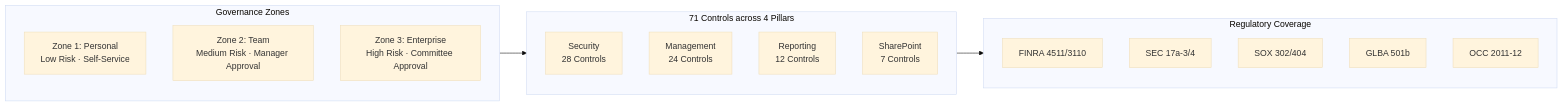
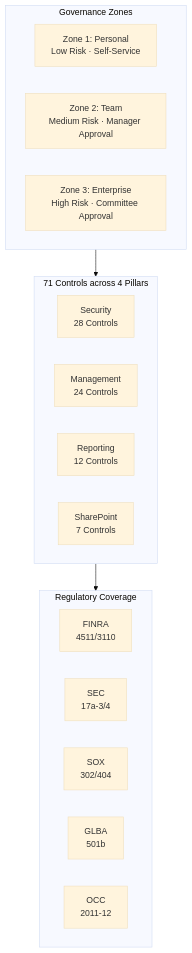
One commit to judeper/FSI-AgentGov changed the diagram in docs/index.md. Above: the diagram before and after it, drawn with Mermaid (base theme).

Commit message:
Fix diagram width: TB flow with LR subgraphs
Zones/Pillars/Regulations stack vertically with items arranged
horizontally within each row. Fits page width without scrolling.

````diff
--- a/docs/index.md
+++ b/docs/index.md
@@ -95,28 +95,28 @@
 ```mermaid
-graph LR
+graph TB
     subgraph Zones ["Governance Zones"]
-        direction TB
+        direction LR
         Z1["Zone 1: Personal\nLow Risk · Self-Service"]
         Z2["Zone 2: Team\nMedium Risk · Manager Approval"]
         Z3["Zone 3: Enterprise\nHigh Risk · Committee Approval"]
     end
 
     subgraph Pillars ["71 Controls across 4 Pillars"]
-        direction TB
+        direction LR
         P1["Security\n28 Controls"]
         P2["Management\n24 Controls"]
         P3["Reporting\n12 Controls"]
         P4["SharePoint\n7 Controls"]
     end
 
     subgraph Regs ["Regulatory Coverage"]
-        direction TB
-        R1["FINRA 4511/3110"]
-        R2["SEC 17a-3/4"]
-        R3["SOX 302/404"]
-        R4["GLBA 501b"]
-        R5["OCC 2011-12"]
+        direction LR
+        R1["FINRA\n4511/3110"]
+        R2["SEC\n17a-3/4"]
+        R3["SOX\n302/404"]
+        R4["GLBA\n501b"]
+        R5["OCC\n2011-12"]
     end
 
     Zones --> Pillars --> Regs
 ```
````
